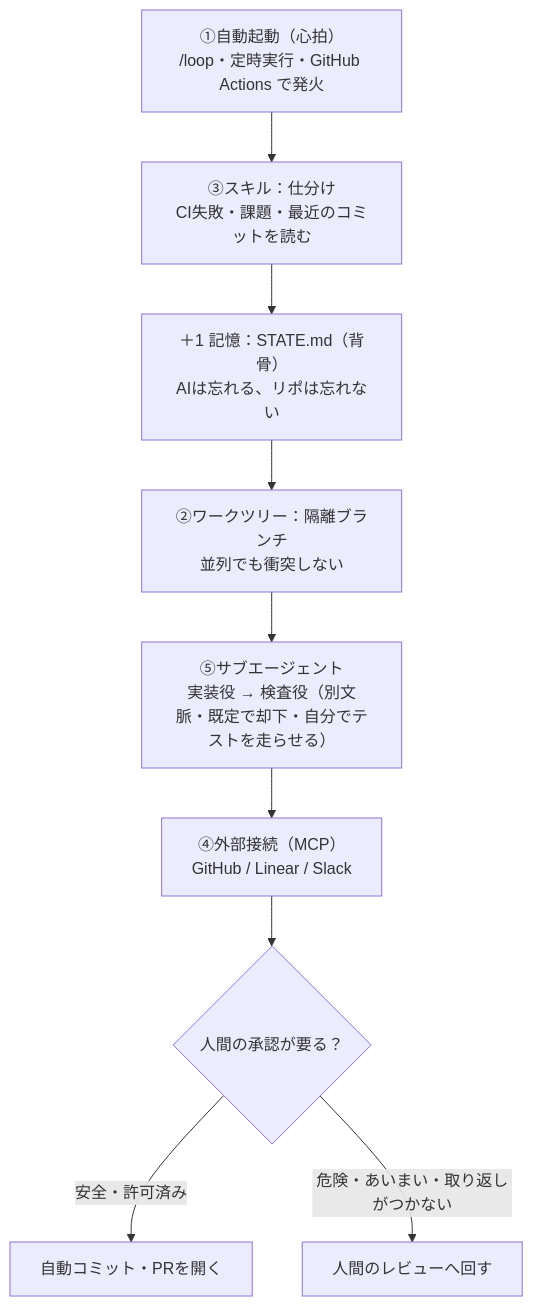
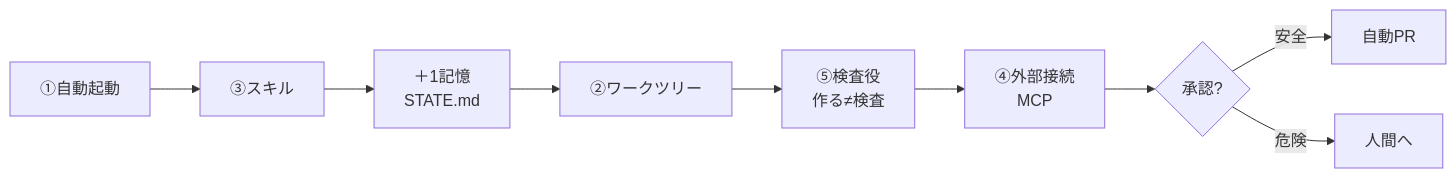
The fifth of 7 diagrams in docs/articles/2026-06-27-loop-engineering-jp.md (Daisuke134/anicca), drawn with Mermaid before and after one commit. The commit also changed other lines of this file, not shown here.

Commit message:
fix diagrams: tall vertical → horizontal LR + shorter labels (anatomy/goal/nesting/ladder/task-check were too tall)

````diff
--- a/docs/articles/2026-06-27-loop-engineering-jp.md
+++ b/docs/articles/2026-06-27-loop-engineering-jp.md
@@ -113,11 +113,6 @@
 ```mermaid
-flowchart TD
-  A["①自動起動（心拍）<br/>/loop・定時実行・GitHub Actions で発火"] --> B["③スキル：仕分け<br/>CI失敗・課題・最近のコミットを読む"]
-  B --> M["＋1 記憶：STATE.md（背骨）<br/>AIは忘れる、リポは忘れない"]
-  M --> W["②ワークツリー：隔離ブランチ<br/>並列でも衝突しない"]
-  W --> S["⑤サブエージェント<br/>実装役 → 検査役（別文脈・既定で却下・自分でテストを走らせる）"]
-  S --> X["④外部接続（MCP）<br/>GitHub / Linear / Slack"]
-  X --> Q{"人間の承認が要る？"}
-  Q -->|"安全・許可済み"| P["自動コミット・PRを開く"]
-  Q -->|"危険・あいまい・取り返しがつかない"| H["人間のレビューへ回す"]
+flowchart LR
+  A["①自動起動"] --> B["③スキル"] --> M["＋1記憶<br/>STATE.md"] --> W["②ワークツリー"] --> S["⑤検査役<br/>作る≠検査"] --> X["④外部接続<br/>MCP"] --> Q{"承認?"}
+  Q -->|"安全"| P["自動PR"]
+  Q -->|"危険"| H["人間へ"]
 ```
````
